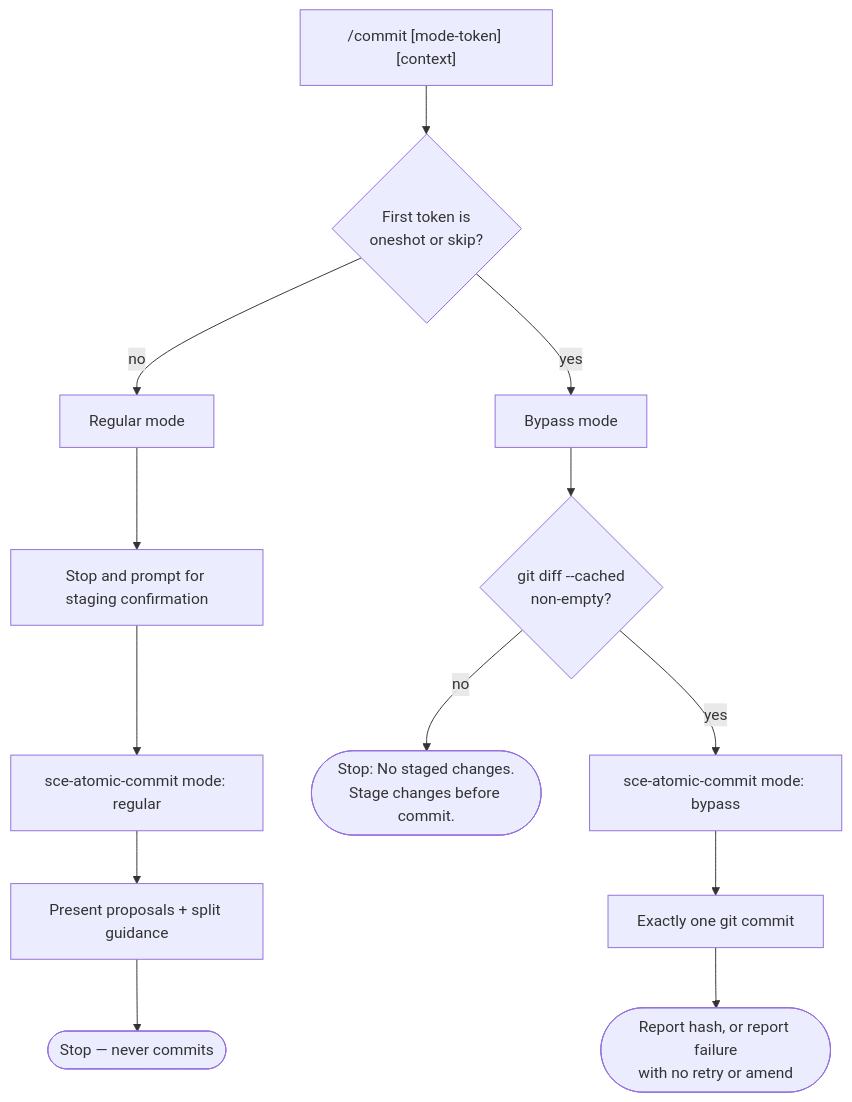
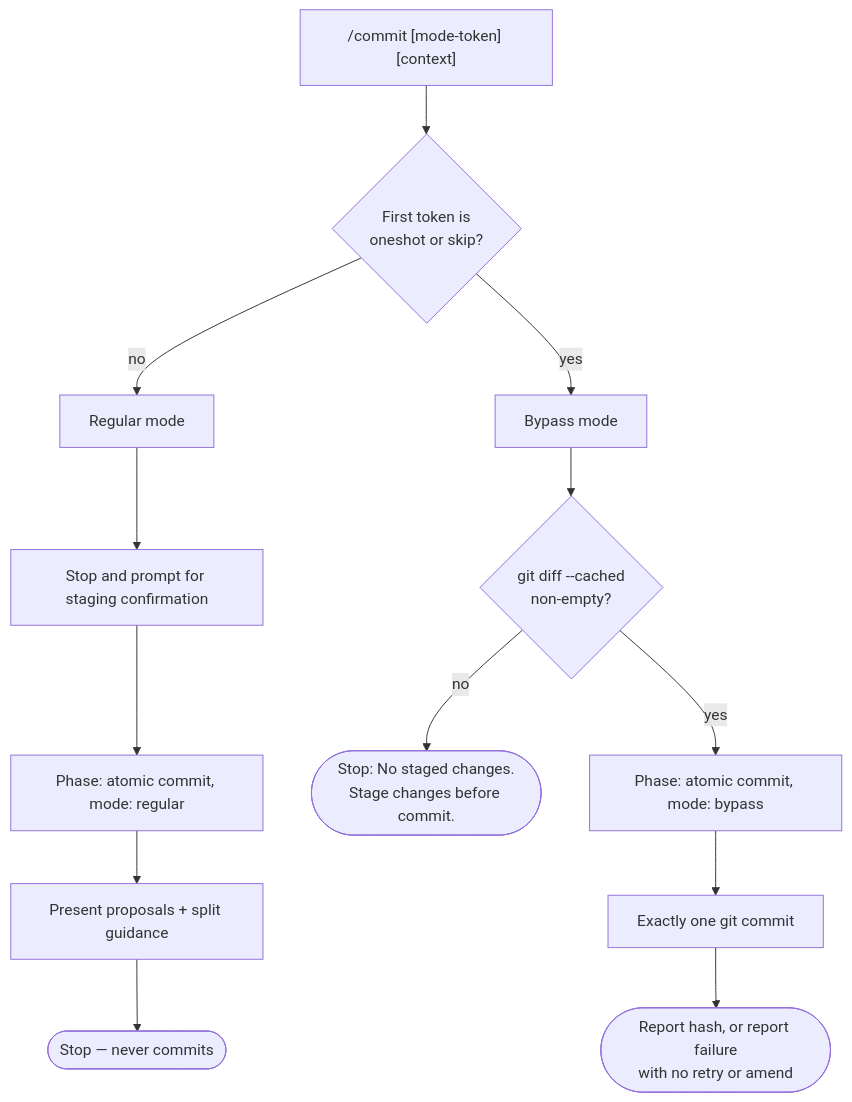
The diagram in context/sce/atomic-commit-workflow.md (crocoder-dev/shared-context-engineering), drawn with Mermaid before and after one commit. The commit also changed other lines of this file and 14 other files, not shown here.

````diff
--- a/context/sce/atomic-commit-workflow.md
+++ b/context/sce/atomic-commit-workflow.md
@@ -32,17 +33,17 @@
 ```mermaid
 flowchart TD
     A["/commit [mode-token] [context]"] --> B{First token is<br/>oneshot or skip?}
     B -- no --> C[Regular mode]
     B -- yes --> D[Bypass mode]
 
     C --> C1[Stop and prompt for staging confirmation]
-    C1 --> C2[sce-atomic-commit mode: regular]
+    C1 --> C2[Phase: atomic commit, mode: regular]
     C2 --> C3[Present proposals + split guidance]
     C3 --> C4([Stop — never commits])
 
     D --> D1{git diff --cached<br/>non-empty?}
     D1 -- no --> D2([Stop: No staged changes.<br/>Stage changes before commit.])
-    D1 -- yes --> D3[sce-atomic-commit mode: bypass]
+    D1 -- yes --> D3[Phase: atomic commit, mode: bypass]
     D3 --> D4[Exactly one git commit]
     D4 --> D5([Report hash, or report failure<br/>with no retry or amend])
 ```
````
